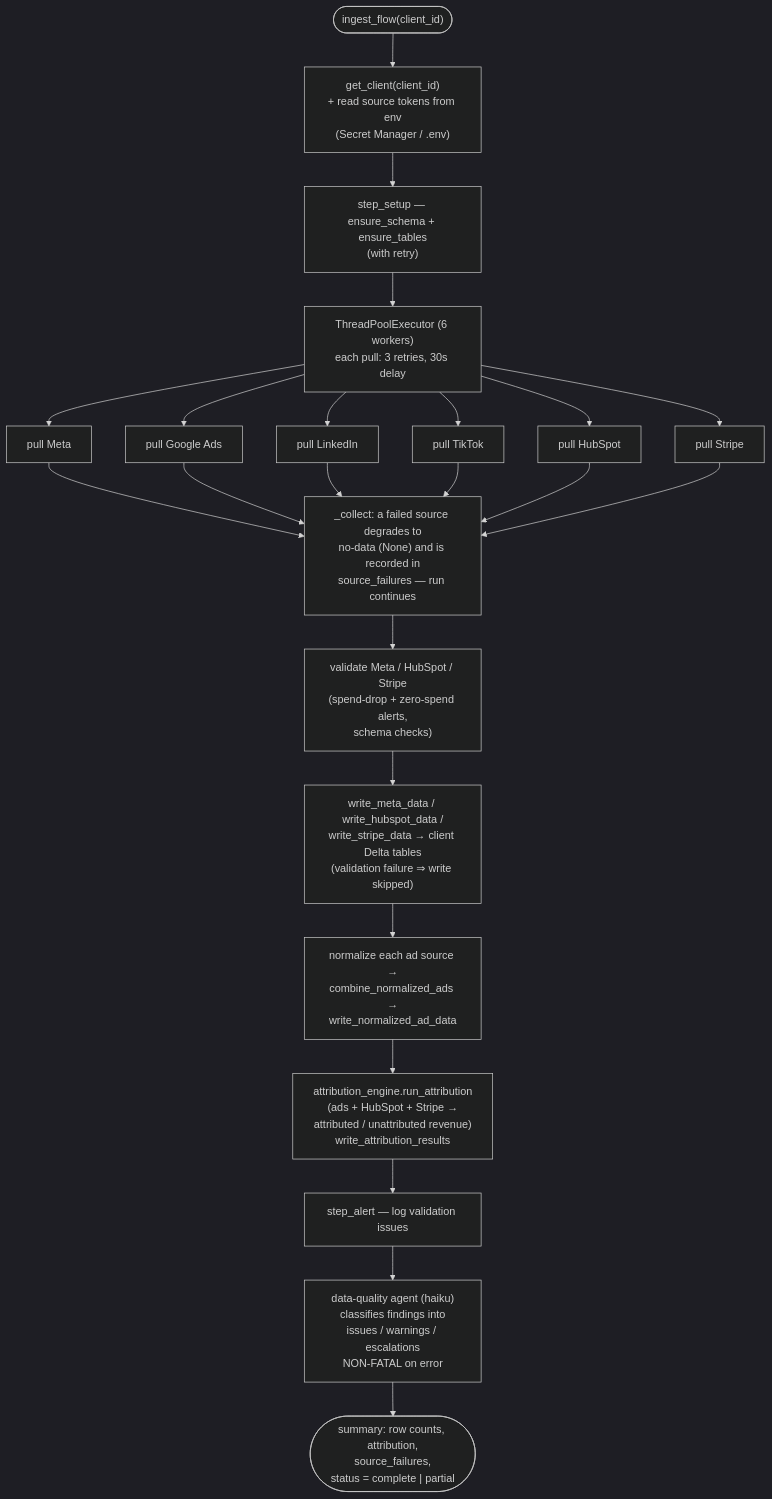
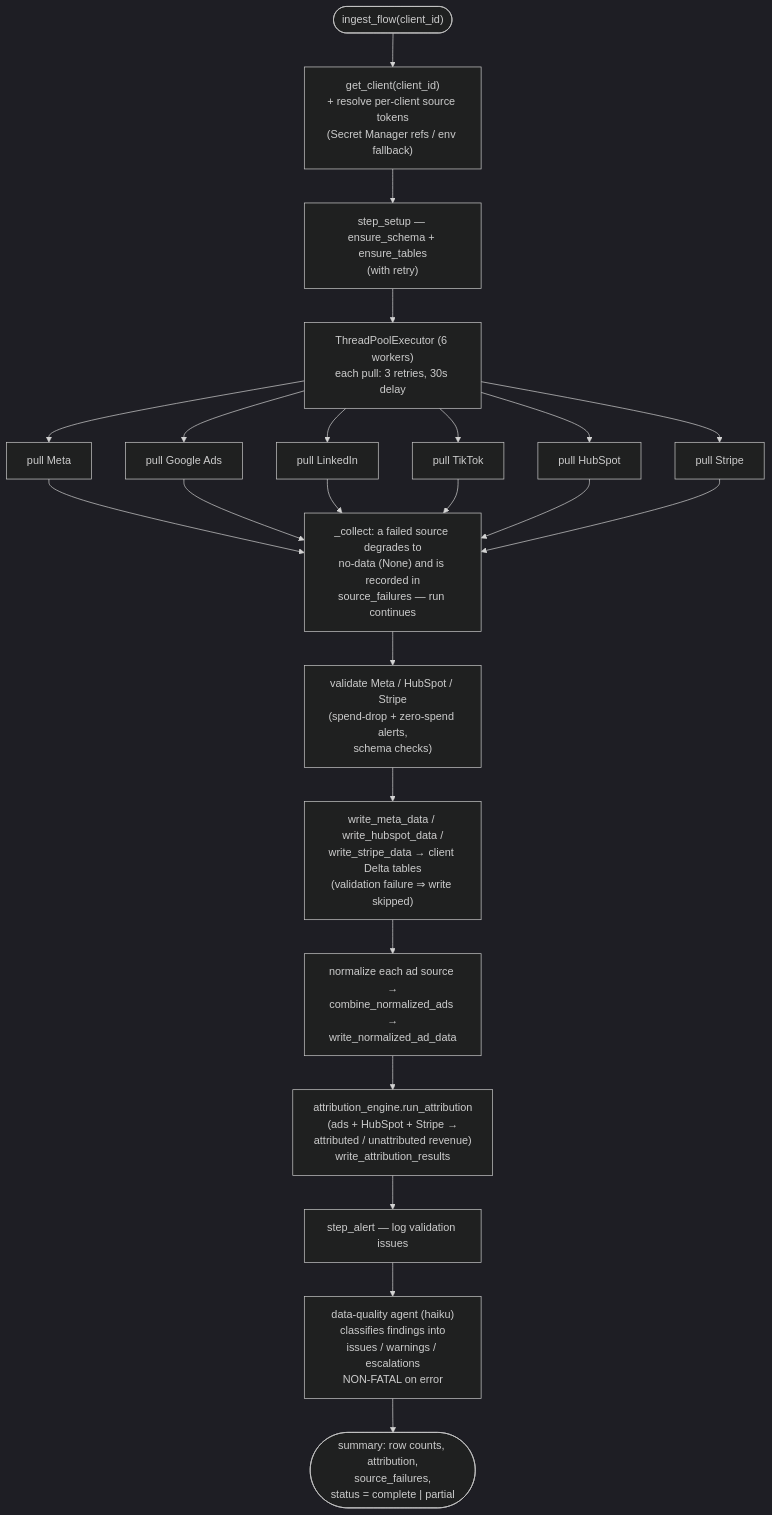
One commit to N8iVPromotions/attribution-agent changed the third of 6 diagrams in docs/ARCHITECTURE.md. Above: the diagram before and after it, drawn with Mermaid (dark theme). The commit also changed other lines of this file and 28 other files, not shown here.

````diff
--- a/docs/ARCHITECTURE.md
+++ b/docs/ARCHITECTURE.md
@@ -127,30 +128,30 @@
 ```mermaid
 flowchart TD
     START(["ingest_flow(client_id)"])
-    START --> CFG["get_client(client_id)<br/>+ read source tokens from env<br/>(Secret Manager / .env)"]
+    START --> CFG["get_client(client_id)<br/>+ resolve per-client source tokens<br/>(Secret Manager refs / env fallback)"]
     CFG --> SETUP["step_setup — ensure_schema + ensure_tables<br/>(with retry)"]
 
     SETUP --> POOL["ThreadPoolExecutor (6 workers)<br/>each pull: 3 retries, 30s delay"]
     POOL --> PMETA["pull Meta"]
     POOL --> PGOOG["pull Google Ads"]
     POOL --> PLI["pull LinkedIn"]
     POOL --> PTT["pull TikTok"]
     POOL --> PHS["pull HubSpot"]
     POOL --> PSTR["pull Stripe"]
 
     PMETA --> COLLECT
     PGOOG --> COLLECT
     PLI --> COLLECT
     PTT --> COLLECT
     PHS --> COLLECT
     PSTR --> COLLECT
     COLLECT["_collect: a failed source degrades to<br/>no-data (None) and is recorded in<br/>source_failures — run continues"]
 
     COLLECT --> VAL["validate Meta / HubSpot / Stripe<br/>(spend-drop + zero-spend alerts,<br/>schema checks)"]
     VAL --> WRITES["write_meta_data / write_hubspot_data /<br/>write_stripe_data → client Delta tables<br/>(validation failure ⇒ write skipped)"]
     WRITES --> NORM["normalize each ad source →<br/>combine_normalized_ads →<br/>write_normalized_ad_data"]
     NORM --> ATTR["attribution_engine.run_attribution<br/>(ads + HubSpot + Stripe →<br/>attributed / unattributed revenue)<br/>write_attribution_results"]
     ATTR --> ALERT["step_alert — log validation issues"]
     ALERT --> DQ["data-quality agent (haiku)<br/>classifies findings into<br/>issues / warnings / escalations<br/>NON-FATAL on error"]
     DQ --> SUMM(["summary: row counts, attribution,<br/>source_failures,<br/>status = complete | partial"])
 ```
````
